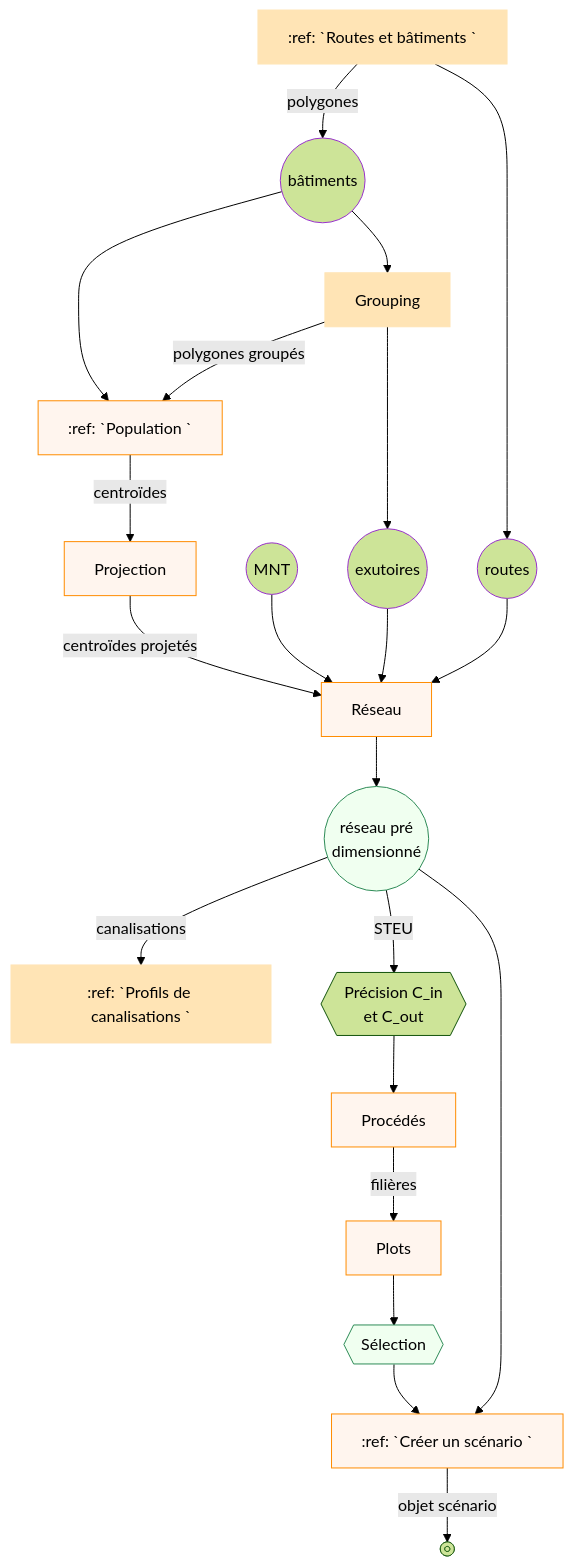
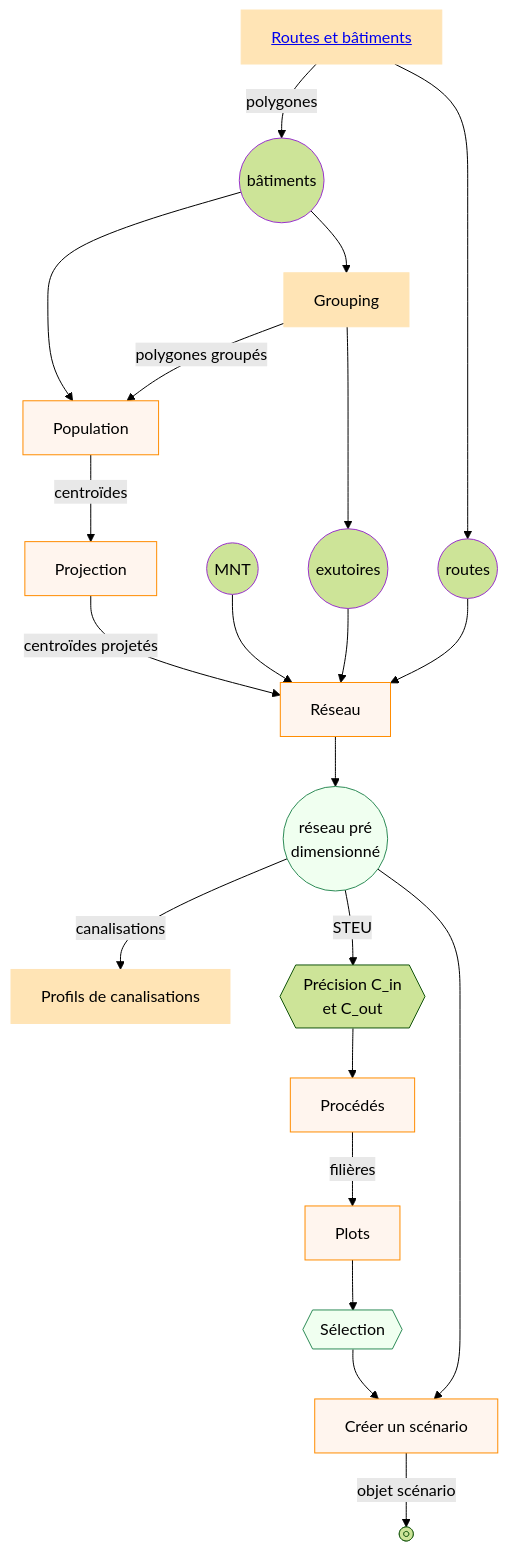
Before and after one commit to nicolas-forquet/elan: the diagram in docs/logigramme_prb1.rst, drawn with Mermaid (forest theme).

Commit message:
test reference link on Routes et bâtiments box

```diff
--- a/docs/logigramme_prb1.rst
+++ b/docs/logigramme_prb1.rst
@@ -4,39 +4,39 @@
 .. mermaid::
     :zoom:
 
     flowchart TB
-        A[:ref: `Routes et bâtiments <routes>`]:::class1
-        B[:ref: `Population <population>`]:::class3
+        A[<a href="https://elan-gis.org/preparation.html#routes">Routes et bâtiments</a>]
+        B[Population]:::class3
         C[Projection]:::class3
         D[Réseau]:::class3
         E[Grouping]:::class1
         E --polygones groupés--> B
         B --centroïdes--> C --centroïdes projetés--> D
         F@{ shape: circle, label: "MNT" }
         G@{ shape: circle, label: "exutoires" }
         H@{ shape: circle, label: "routes" }
         I@{ shape: circle, label: "bâtiments" }
-        A --polygones--> I --> B
+        A:::class1 --polygones--> I --> B
         I:::class0 --> E
         A --> H:::class0 --> D
         F:::class0 --> D
         E --> G:::class0 --> D
-        J[:ref: `Profils de canalisations <visualisation-profils>`]:::class1
+        J[Profils de canalisations]:::class1
         K[Procédés]:::class3
-        L[:ref: `Créer un scénario <creer-scenario>`]:::class3
+        L[Créer un scénario]:::class3
         M[Plots]:::class3
         N@{ shape: circle, label: "réseau pré <br/> dimensionné"}
         D --> N:::class2
         N --canalisations--> J
         N --STEU--> Q --> K
         K --filières--> M 
         N --> L
         O@{ shape: framed-circle, label: "Stop" }
         P@{ shape: hex, label: "Sélection" }
         M --> P:::class2 --> L
         L -- objet scénario --> O
         Q@{ shape: hex, label: "Précision C_in <br/> et C_out" }
         classDef class0 fill:##E6E6FA, stroke:#9932CC
         classDef class1 fill:#FFE4B5, stroke:#FFE4B5
         classDef class2 fill:#F0FFF0, stroke:#2E8B57
         classDef class3 fill:#FFF5EE, stroke:#FF8C00
```
